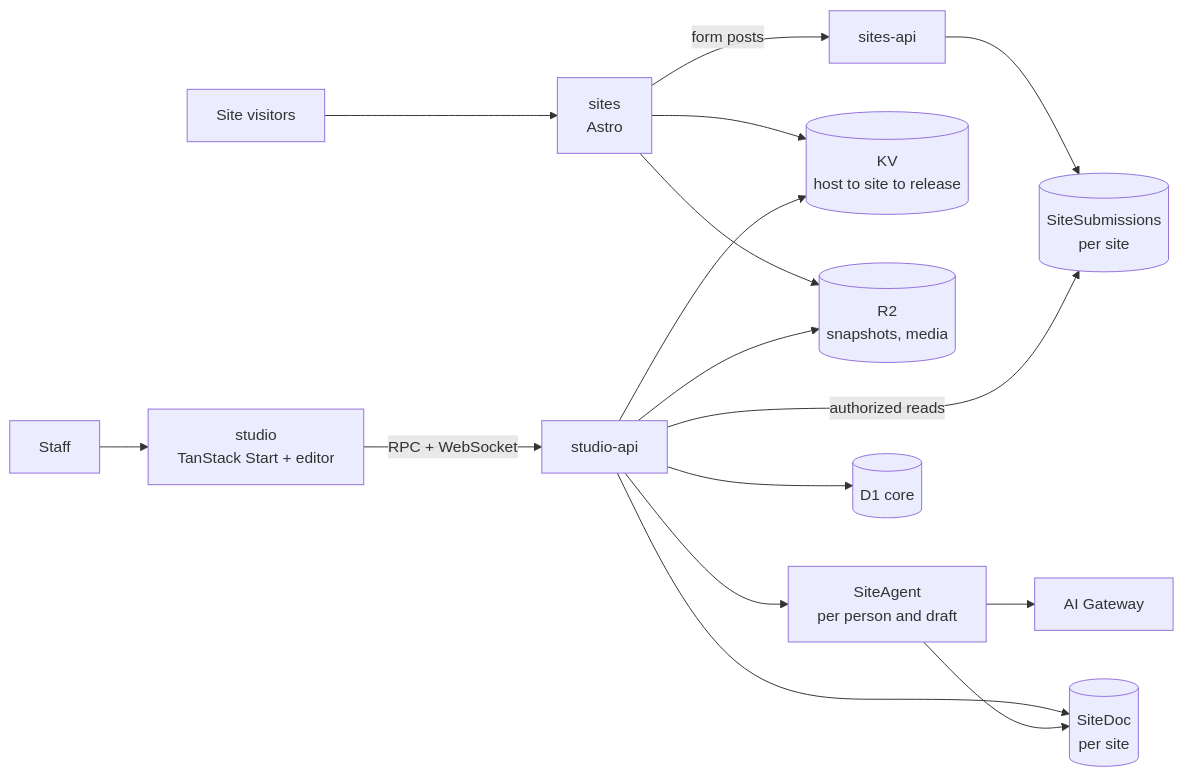
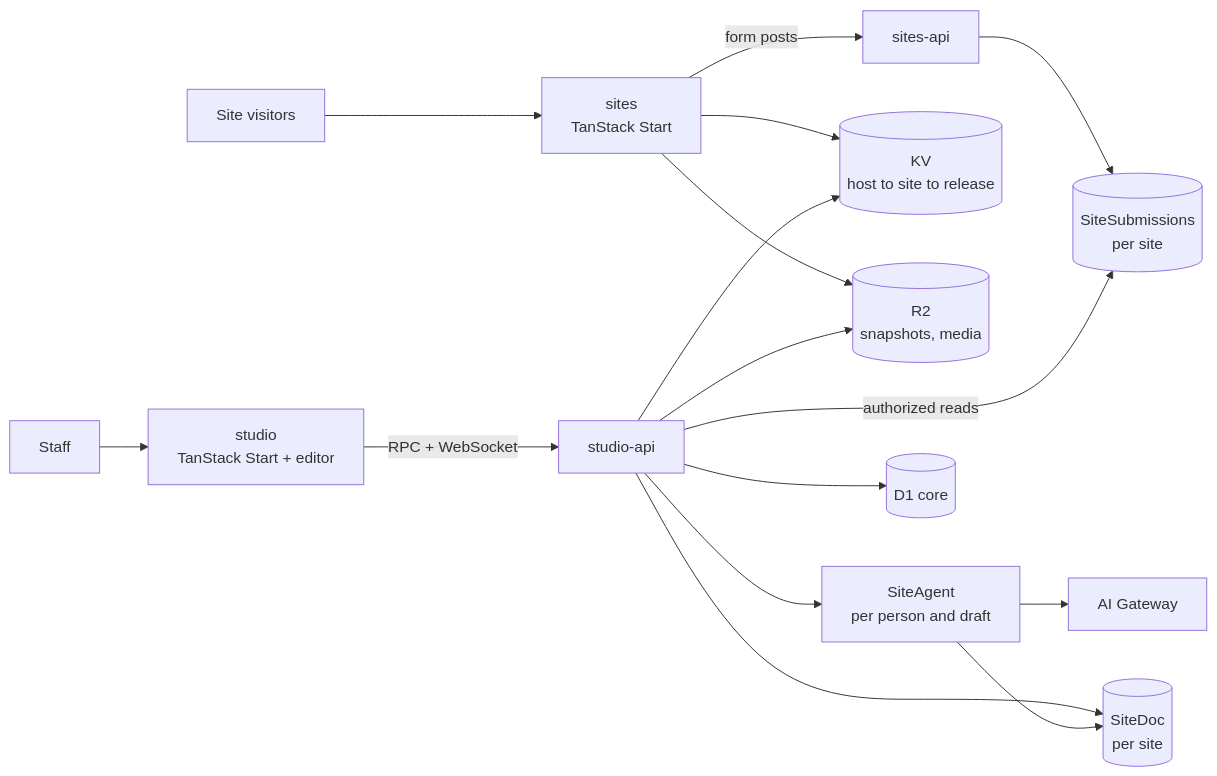
One commit to AdiRishi/pakshi changed the first of 3 diagrams in docs/technical-design.mdx. Above: the diagram before and after it, drawn with Mermaid. The commit also changed other lines of this file and 63 other files, not shown here.

First line of the commit message:
Serve sites with TanStack Start, hydrating only the parts that hold an interactive block

````diff
--- a/docs/technical-design.mdx
+++ b/docs/technical-design.mdx
@@ -16,18 +16,18 @@
 ```mermaid
 flowchart LR
-  V[Site visitors] --> S[sites<br/>Astro]
+  V[Site visitors] --> S[sites<br/>TanStack Start]
   S -->|form posts| SA[sites-api]
   S --> KV[(KV<br/>host to site to release)]
   S --> R2[(R2<br/>snapshots, media)]
   SA --> SUB[(SiteSubmissions<br/>per site)]
   U[Staff] --> ST[studio<br/>TanStack Start + editor]
   ST -->|RPC + WebSocket| API[studio-api]
   API --> DO[(SiteDoc<br/>per site)]
   API --> AG[SiteAgent<br/>per person and draft]
   AG --> DO
   AG --> GW[AI Gateway]
   API --> CORE[(D1 core)]
   API --> R2
   API --> KV
   API -->|authorized reads| SUB
 ```
````
